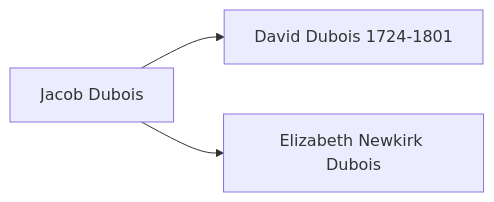
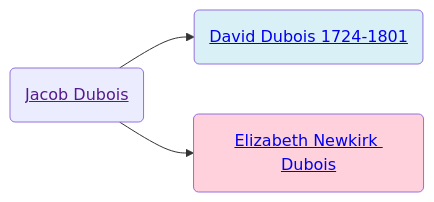
Before and after one commit to neelsmith/avocational: the diagram in familyhistory/sources/people/Henderson-line/Dubois-line/Jacob_Dubois.qmd, drawn with Mermaid. The commit also changed 71 other files, not shown here.

````diff
--- a/familyhistory/sources/people/Henderson-line/Dubois-line/Jacob_Dubois.qmd
+++ b/familyhistory/sources/people/Henderson-line/Dubois-line/Jacob_Dubois.qmd
@@ -19,5 +19,11 @@
 ```{mermaid}
 graph LR
-Jacob_Dubois[Jacob Dubois] -->  David_Dubois_1724-1801[David Dubois 1724-1801]
-Jacob_Dubois[Jacob Dubois]  --> Elizabeth_Newkirk_Dubois[Elizabeth Newkirk Dubois]
+Jacob_Dubois(<a href=''>Jacob Dubois</>) -->  David_Dubois_1724-1801(<a href='./David_Dubois_1724-1801.html'>David Dubois 1724-1801</>)
+class David_Dubois_1724-1801 father
+Jacob_Dubois(<a href=''>Jacob Dubois</>)  --> Elizabeth_Newkirk_Dubois(<a href='./Elizabeth_Newkirk_Dubois.html'>Elizabeth Newkirk Dubois</>)
+class Elizabeth_Newkirk_Dubois mother
+classDef mother fill:#ffd1dc
+classDef father fill:#daf0f7  
+classDef marriage fill:#ffffff
+
 ```
````
